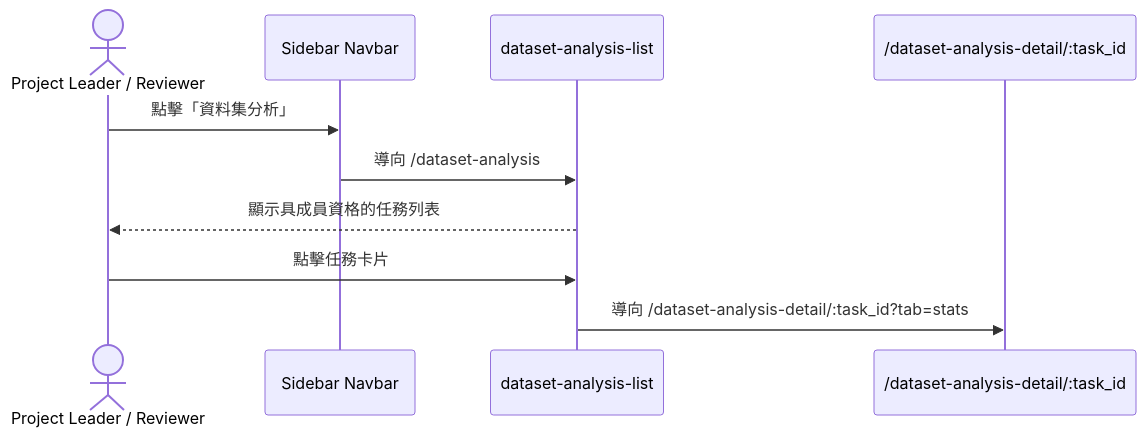
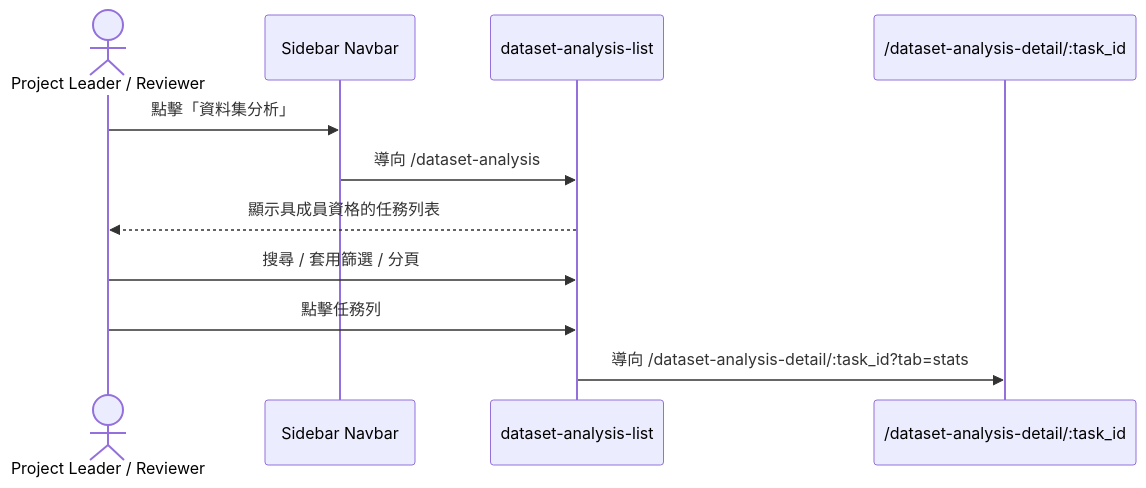
One commit to singyichen/label-suite changed the first of 2 diagrams in specs/dataset/016-dataset-analysis-list/spec.md. Above: the diagram before and after it, drawn with Mermaid. The commit also changed other lines of this file and 3 other files, not shown here.

````diff
--- a/specs/dataset/016-dataset-analysis-list/spec.md
+++ b/specs/dataset/016-dataset-analysis-list/spec.md
@@ -22,13 +25,14 @@
 ```mermaid
 sequenceDiagram
     actor PL as Project Leader / Reviewer
     participant NAV as Sidebar Navbar
     participant LIST as dataset-analysis-list
     participant DETAIL as /dataset-analysis-detail/:task_id
 
     PL->>NAV: 點擊「資料集分析」
     NAV->>LIST: 導向 /dataset-analysis
     LIST-->>PL: 顯示具成員資格的任務列表
-    PL->>LIST: 點擊任務卡片
+    PL->>LIST: 搜尋 / 套用篩選 / 分頁
+    PL->>LIST: 點擊任務列
     LIST->>DETAIL: 導向 /dataset-analysis-detail/:task_id?tab=stats
 ```
````
